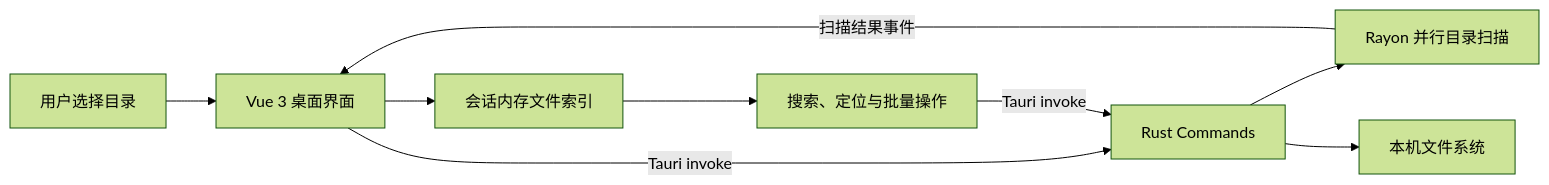
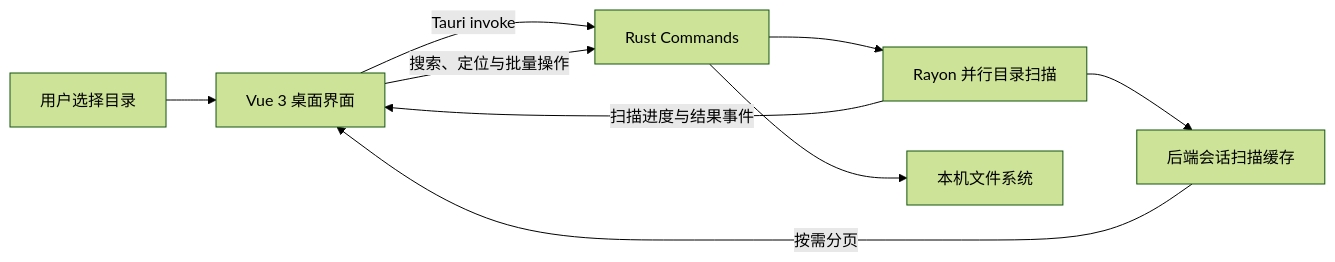
One commit to ligson/fsize changed the diagram in README.md. Above: the diagram before and after it, drawn with Mermaid (forest theme). The commit also changed other lines of this file and 13 other files, not shown here.

````diff
--- a/README.md
+++ b/README.md
@@ -41,11 +43,11 @@
 ```mermaid
 flowchart LR
     U[用户选择目录] --> V[Vue 3 桌面界面]
     V -->|Tauri invoke| C[Rust Commands]
     C --> R[Rayon 并行目录扫描]
-    R -->|扫描结果事件| V
-    V --> I[会话内存文件索引]
-    I --> S[搜索、定位与批量操作]
-    S -->|Tauri invoke| C
+    R -->|扫描进度与结果事件| V
+    R --> K[后端会话扫描缓存]
+    K -->|按需分页| V
+    V -->|搜索、定位与批量操作| C
     C --> F[本机文件系统]
 ```
````
